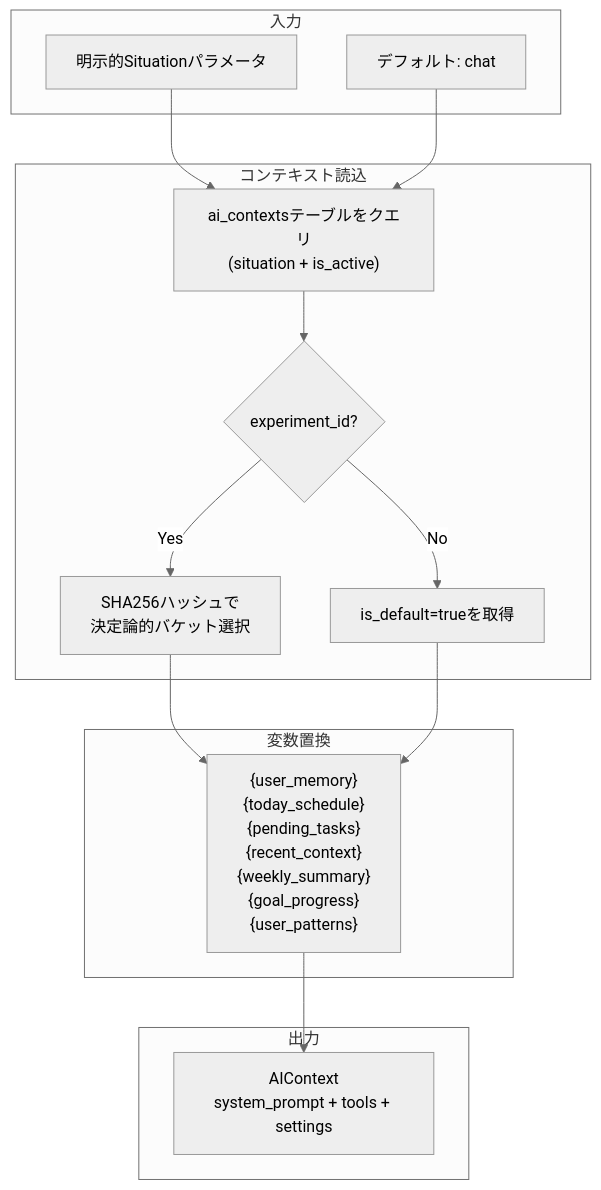
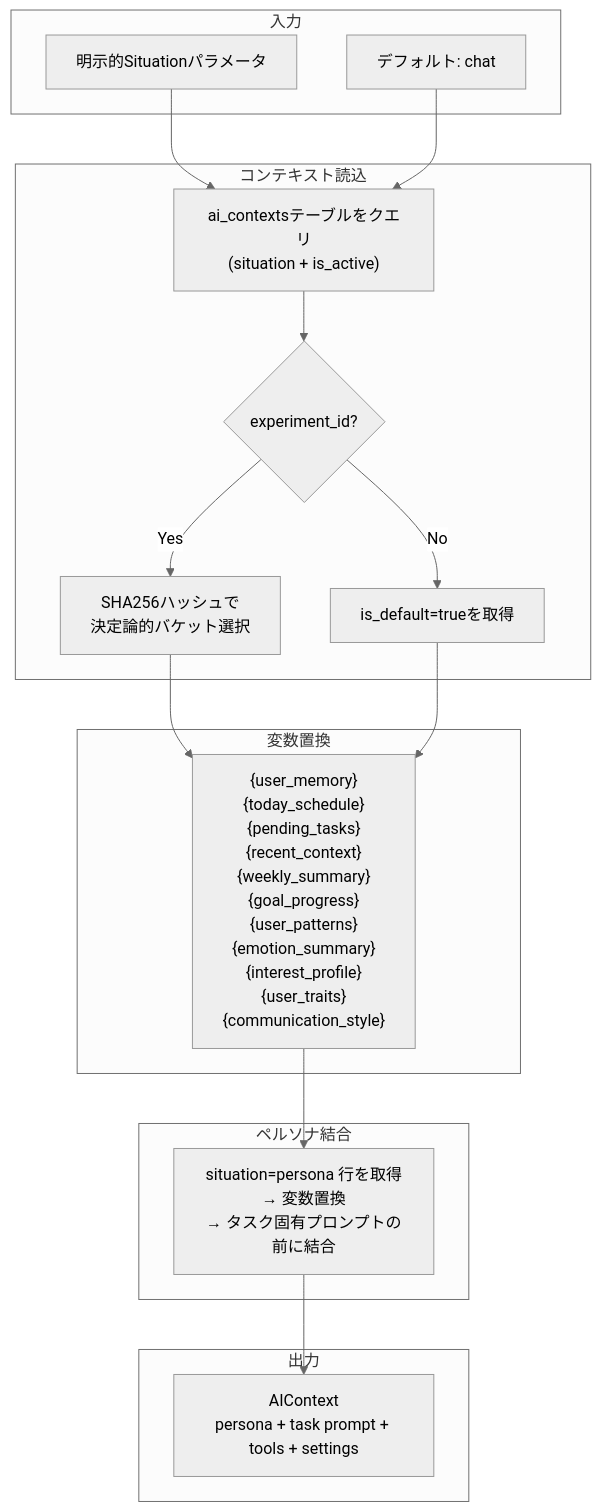
One commit to yu-min3/kensan changed the seventh of 12 diagrams in kensan-ai/ARCHITECTURE.md. Above: the diagram before and after it, drawn with Mermaid (neutral theme). The commit also changed other lines of this file and 172 other files, not shown here.

````diff
--- a/kensan-ai/ARCHITECTURE.md
+++ b/kensan-ai/ARCHITECTURE.md
@@ -337,29 +373,33 @@
 ```mermaid
 flowchart TB
     subgraph "入力"
         Explicit["明示的Situationパラメータ"]
         Default["デフォルト: chat"]
     end
 
     subgraph "コンテキスト読込"
         Query["ai_contextsテーブルをクエリ<br/>(situation + is_active)"]
         HasExp{"experiment_id?"}
         ABSelect["SHA256ハッシュで<br/>決定論的バケット選択"]
         DefaultCtx["is_default=trueを取得"]
     end
 
     subgraph "変数置換"
-        Variables["{user_memory}<br/>{today_schedule}<br/>{pending_tasks}<br/>{recent_context}<br/>{weekly_summary}<br/>{goal_progress}<br/>{user_patterns}"]
+        Variables["{user_memory}<br/>{today_schedule}<br/>{pending_tasks}<br/>{recent_context}<br/>{weekly_summary}<br/>{goal_progress}<br/>{user_patterns}<br/>{emotion_summary}<br/>{interest_profile}<br/>{user_traits}<br/>{communication_style}"]
+    end
+
+    subgraph "ペルソナ結合"
+        Persona["situation=persona 行を取得<br/>→ 変数置換<br/>→ タスク固有プロンプトの前に結合"]
     end
 
     subgraph "出力"
-        Context["AIContext<br/>system_prompt + tools + settings"]
+        Context["AIContext<br/>persona + task prompt + tools + settings"]
     end
 
     Explicit --> Query
     Default --> Query
     Query --> HasExp
     HasExp -->|Yes| ABSelect --> Variables
     HasExp -->|No| DefaultCtx --> Variables
-    Variables --> Context
+    Variables --> Persona --> Context
 ```
````
